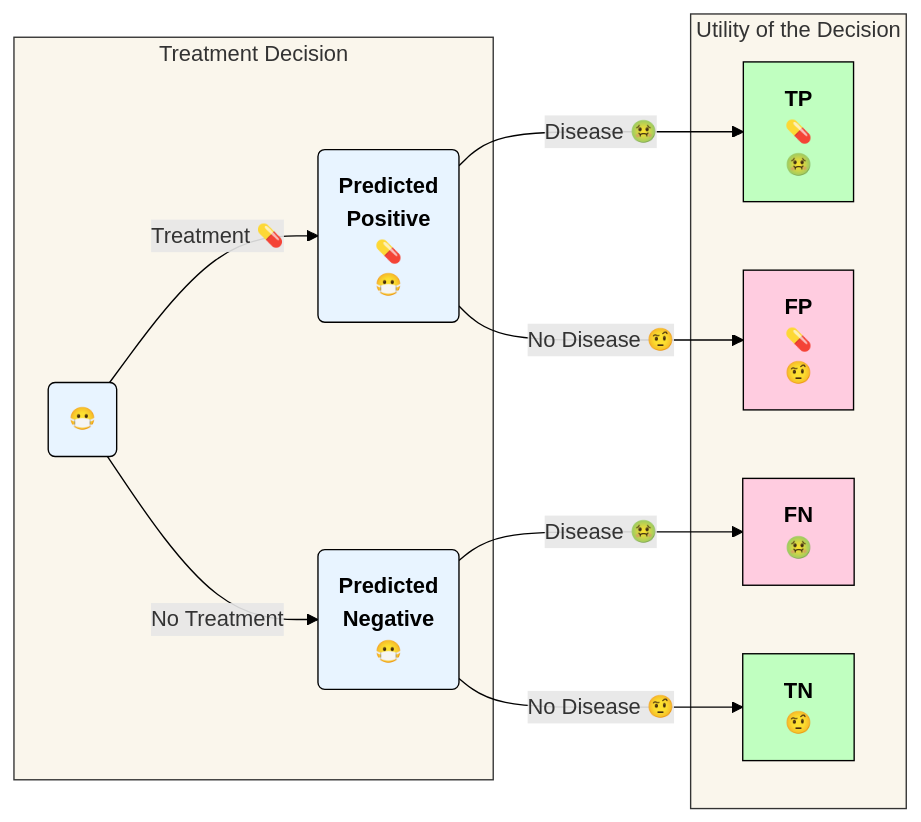
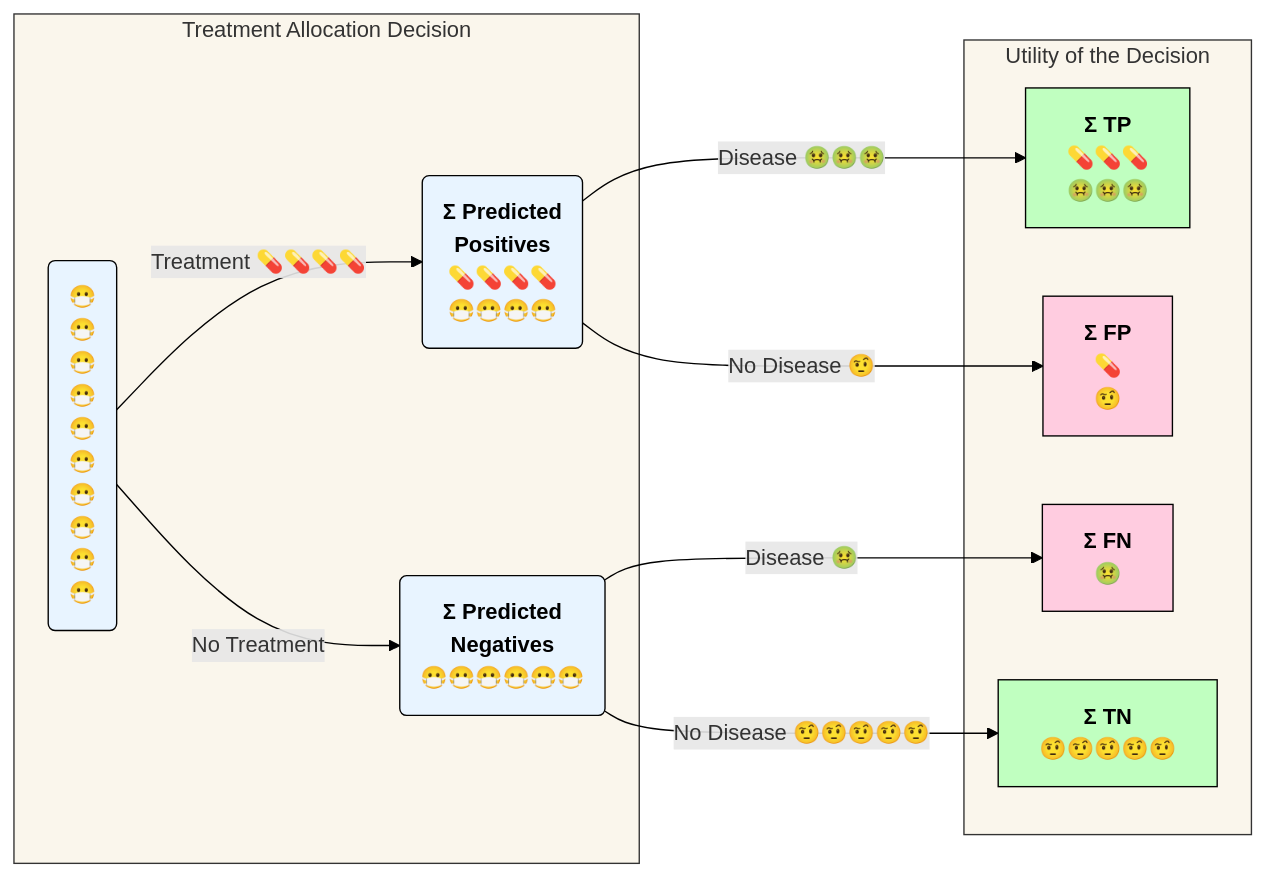
The third of 8 diagrams in docs/before_we_validate.qmd (uriahf/rtichoke_python), drawn with Mermaid before and after one commit. The commit also changed other lines of this file, not shown here.

````diff
--- a/docs/before_we_validate.qmd
+++ b/docs/before_we_validate.qmd
@@ -45,30 +195,30 @@
 ```{mermaid}
+
 graph LR
-    
-
-    subgraph trt[Treatment Decision]
+    subgraph trt[Treatment Allocation Decision]
         linkStyle default stroke:#000
-        A("😷") -->|"Treatment 💊"|B("<B>Predicted<br>Positive</B><br>💊<br>😷")
-        A -->|"No Treatment"|C("<B>Predicted<br>Negative</B><br>😷")    
+        A("😷<br>😷<br>😷<br>😷<br>😷<br>😷<br>😷<br>😷<br>😷<br>😷") -->|"Treatment 💊💊💊💊"|B("<B>Σ Predicted<br>Positives</B><br>💊💊💊💊<br>😷😷😷😷")
+        A -->|"No Treatment"|C("<B>Σ Predicted<br>Negatives</B><br>😷😷😷😷😷😷")    
     end
 
     subgraph ut[Utility of the Decision]
-        B -->|"Disease 🤢"| D["<B>TP</B><br>💊<br>🤢"]
-        B -->|"No Disease 🤨"| E["<B>FP</B><br>💊<br>🤨"]
-        C -->|"Disease 🤢"| F["<B>FN</B><br>🤢"]
-        C -->|"No Disease 🤨"| G["<B>TN</B><br>🤨"]  
+        B -->|"Disease 🤢🤢🤢"| D["<B>Σ TP</B><br>💊💊💊<br>🤢🤢🤢"]
+        B -->|"No Disease 🤨"| E["<B>Σ FP</B><br>💊<br>🤨"]
+        C -->|"Disease 🤢"| F["<B>Σ FN</B><br>🤢"]
+        C -->|"No Disease 🤨🤨🤨🤨🤨"| G["<B>Σ TN</B><br>🤨🤨🤨🤨🤨"]  
     end
 
 
 
     style A fill:#E8F4FF, stroke:black,color:black
     style B fill:#E8F4FF, stroke:black,color:black
     style C fill:#E8F4FF, stroke:black,color:black
     style D fill:#C0FFC0,stroke:black,color:black
     style E fill:#FFCCE0,stroke:black,color:black
     style F fill:#FFCCE0,stroke:black,color:black
     style G fill:#C0FFC0,stroke:black,color:black
 
     classDef subgraphStyle fill:#FAF6EC,stroke:#333,stroke-width:1px
     class trt,ut subgraphStyle
+
 ```
````
